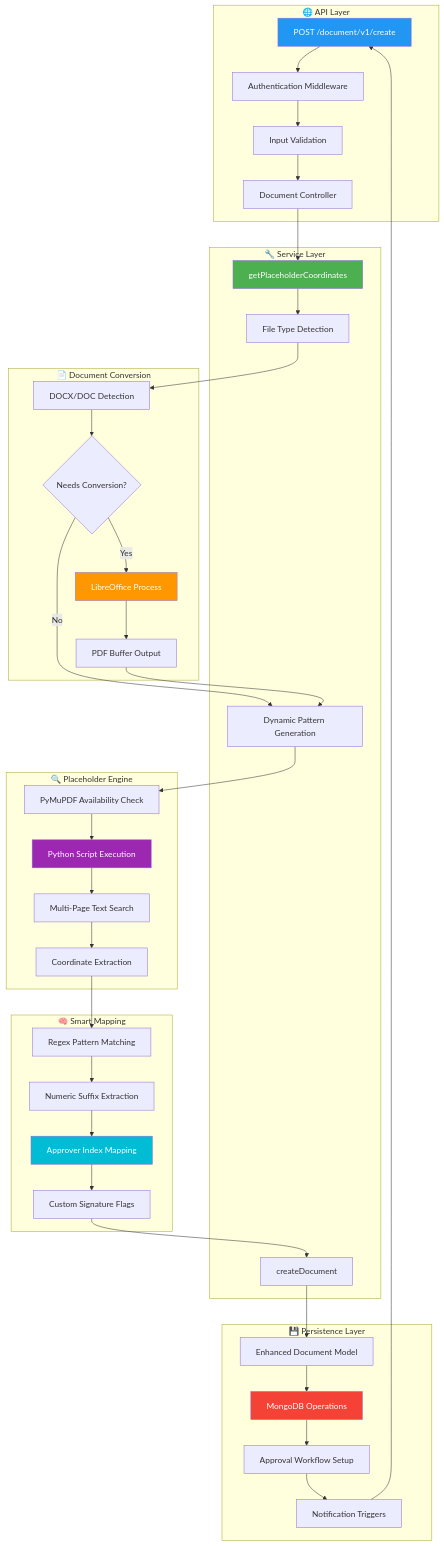
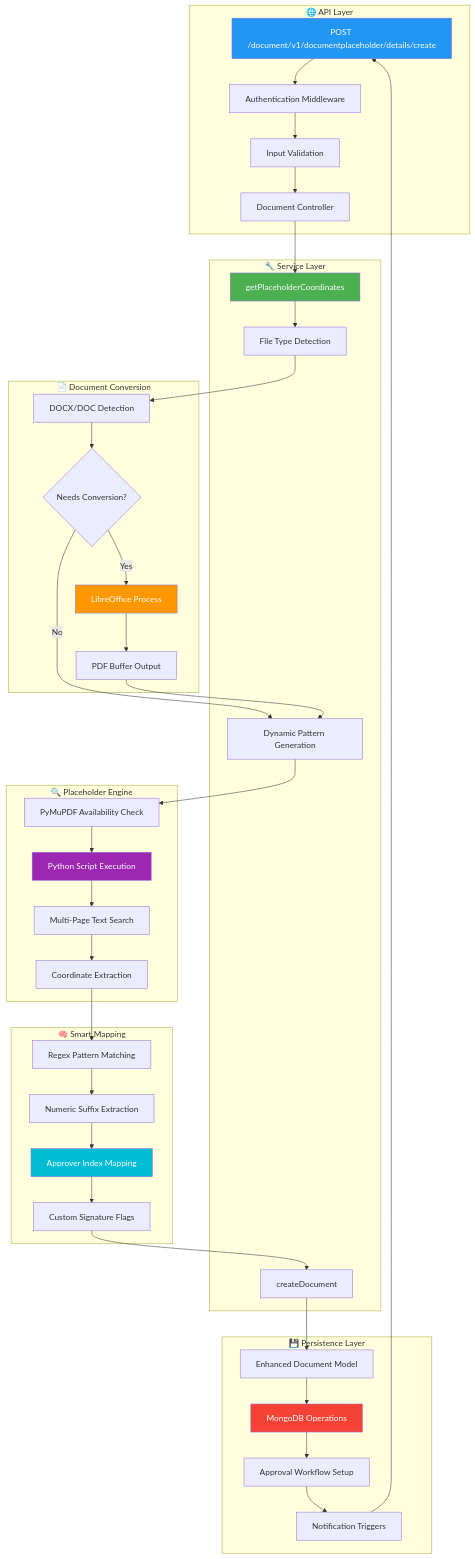
Before and after one commit to venitha1296/FIMA_POC: the third of 6 diagrams in PLACEHOLDER_FLOW_DOCUMENTATION.md, drawn with Mermaid. The commit also changed other lines of this file, not shown here.

````diff
--- a/PLACEHOLDER_FLOW_DOCUMENTATION.md
+++ b/PLACEHOLDER_FLOW_DOCUMENTATION.md
@@ -208,77 +208,77 @@
 ```mermaid
 graph TD
     subgraph API["🌐 API Layer"]
-        A1[POST /document/v1/create]
+        A1[POST /document/v1/documentplaceholder/details/create]
         A2[Authentication Middleware]
         A3[Input Validation]
         A4[Document Controller]
     end
     
     subgraph Service["🔧 Service Layer"]
         B1[getPlaceholderCoordinates]
         B2[File Type Detection]
         B3[Dynamic Pattern Generation]
         B4[createDocument]
     end
     
     subgraph Conversion["📄 Document Conversion"]
         C1[DOCX/DOC Detection]
         C2{Needs Conversion?}
         C3[LibreOffice Process]
         C4[PDF Buffer Output]
     end
     
     subgraph Detection["🔍 Placeholder Engine"]
         D1[PyMuPDF Availability Check]
         D2[Python Script Execution]
         D3[Multi-Page Text Search]
         D4[Coordinate Extraction]
     end
     
     subgraph Intelligence["🧠 Smart Mapping"]
         E1[Regex Pattern Matching]
         E2[Numeric Suffix Extraction]
         E3[Approver Index Mapping]
         E4[Custom Signature Flags]
     end
     
     subgraph Storage["💾 Persistence Layer"]
         F1[Enhanced Document Model]
         F2[MongoDB Operations]
         F3[Approval Workflow Setup]
         F4[Notification Triggers]
     end
     
     A1 --> A2
     A2 --> A3
     A3 --> A4
     A4 --> B1
     B1 --> B2
     B2 --> C1
     C1 --> C2
     C2 -->|Yes| C3
     C2 -->|No| B3
     C3 --> C4
     C4 --> B3
     B3 --> D1
     D1 --> D2
     D2 --> D3
     D3 --> D4
     D4 --> E1
     E1 --> E2
     E2 --> E3
     E3 --> E4
     E4 --> B4
     B4 --> F1
     F1 --> F2
     F2 --> F3
     F3 --> F4
     F4 --> A1
     
     style A1 fill:#2196f3,color:#fff
     style B1 fill:#4caf50,color:#fff
     style C3 fill:#ff9800,color:#fff
     style D2 fill:#9c27b0,color:#fff
     style E3 fill:#00bcd4,color:#fff
     style F2 fill:#f44336,color:#fff
 ```
````
